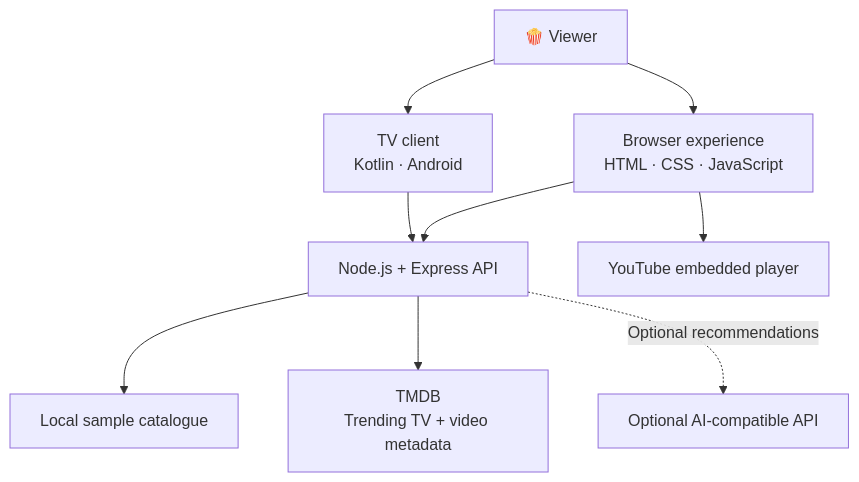
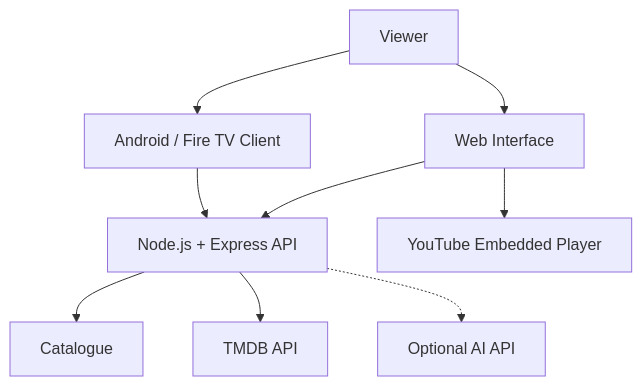
One commit to Mohitrath/watchwise-fire-tv changed the diagram in README.md. Above: the diagram before and after it, drawn with Mermaid. The commit also changed other lines of this file, not shown here.

````diff
--- a/README.md
+++ b/README.md
@@ -84,20 +111,11 @@
 ```mermaid
 flowchart TD
-    USER["🍿 Viewer"]
-    WEB["Browser experience<br/>HTML · CSS · JavaScript"]
-    TV["TV client<br/>Kotlin · Android"]
-    API["Node.js + Express API"]
-    CATALOGUE["Local sample catalogue"]
-    TMDB["TMDB<br/>Trending TV + video metadata"]
-    YOUTUBE["YouTube embedded player"]
-    AI["Optional AI-compatible API"]
-
-    USER --> WEB
-    USER --> TV
-    WEB --> API
-    TV --> API
-    API --> CATALOGUE
-    API --> TMDB
-    WEB --> YOUTUBE
-    API -. "Optional recommendations" .-> AI
+    A["Viewer"] --> B["Web Interface"]
+    A --> C["Android / Fire TV Client"]
+    B --> D["Node.js + Express API"]
+    C --> D
+    D --> E["Catalogue"]
+    D --> F["TMDB API"]
+    B --> G["YouTube Embedded Player"]
+    D -.-> H["Optional AI API"]
 ```
````
